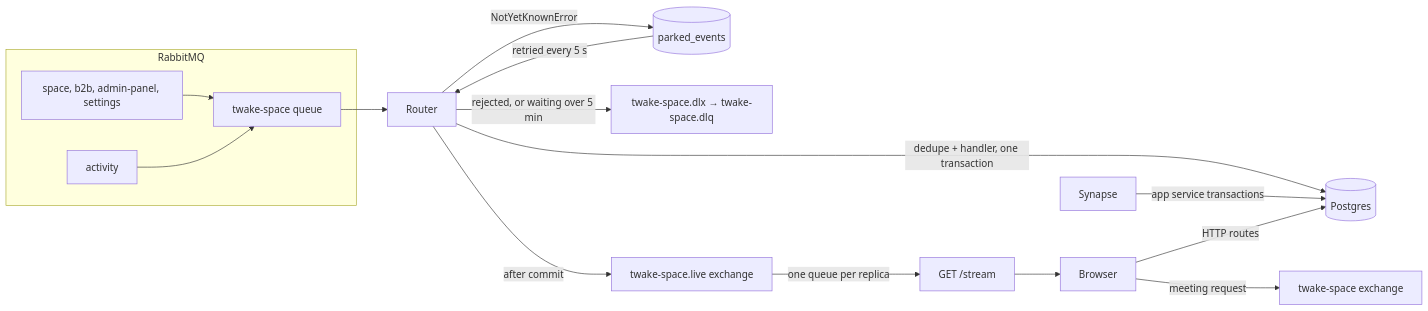
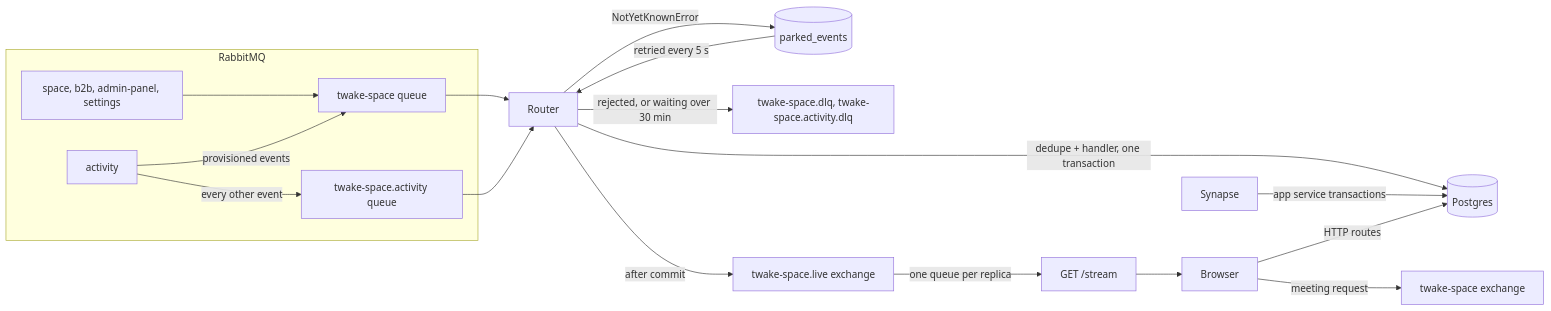
Before and after one commit to linagora/twake-space: the first of 5 diagrams in docs/events.md, drawn with Mermaid. The commit also changed other lines of this file and 10 other files, not shown here.

First line of the commit message:
feat(backend): consume activity events on their own queue (#382)

````diff
--- a/docs/events.md
+++ b/docs/events.md
@@ -16,21 +16,24 @@
 ```mermaid
 flowchart LR
   subgraph RabbitMQ
     P["space, b2b, admin-panel, settings"]
     A[activity]
     Q[twake-space queue]
+    AQ[twake-space.activity queue]
   end
   P --> Q
-  A --> Q
+  A -->|provisioned events| Q
+  A -->|every other event| AQ
   Q --> R[Router]
+  AQ --> R
   R -->|dedupe + handler, one transaction| PG[(Postgres)]
   R -->|NotYetKnownError| PE[(parked_events)]
   PE -->|retried every 5 s| R
-  R -->|rejected, or waiting over 5 min| DLQ["twake-space.dlx → twake-space.dlq"]
+  R -->|rejected, or waiting over 30 min| DLQ["twake-space.dlq, twake-space.activity.dlq"]
   R -->|after commit| L[twake-space.live exchange]
   L -->|one queue per replica| SSE[GET /stream]
   MX[Synapse] -->|app service transactions| PG
   SSE --> B[Browser]
   B -->|HTTP routes| PG
   B -->|meeting request| M[twake-space exchange]
 ```
````
